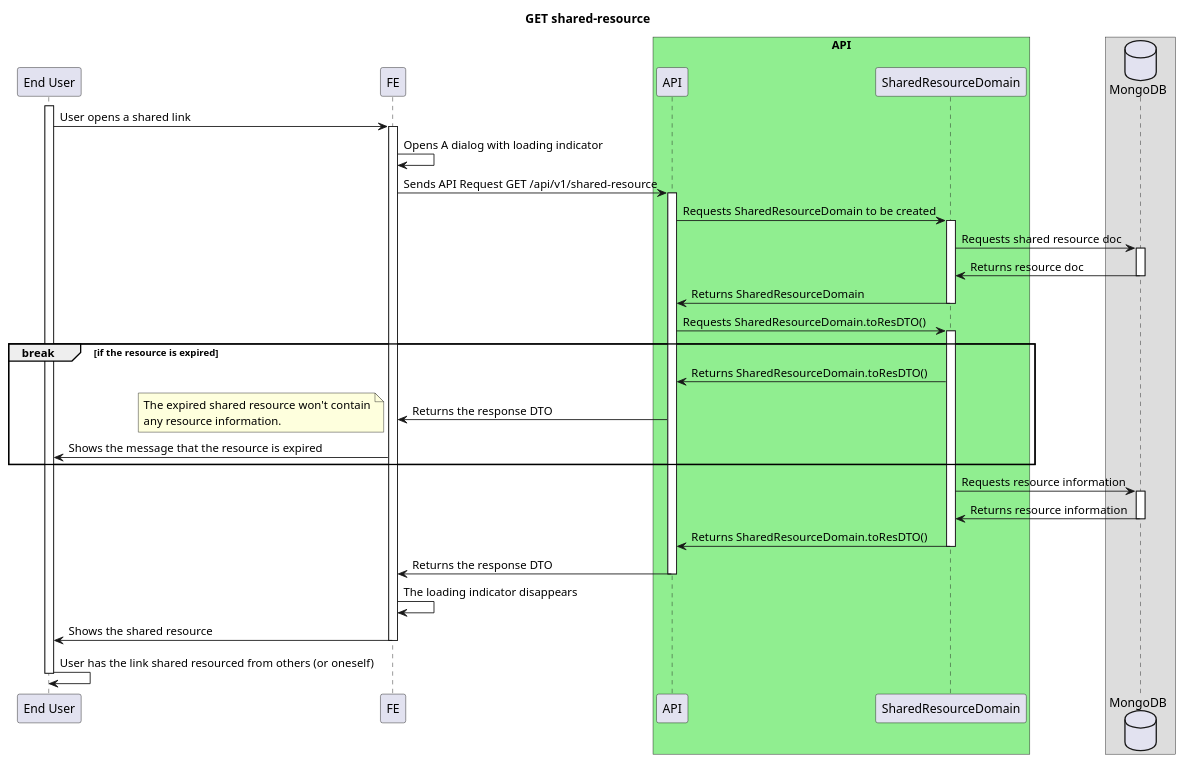
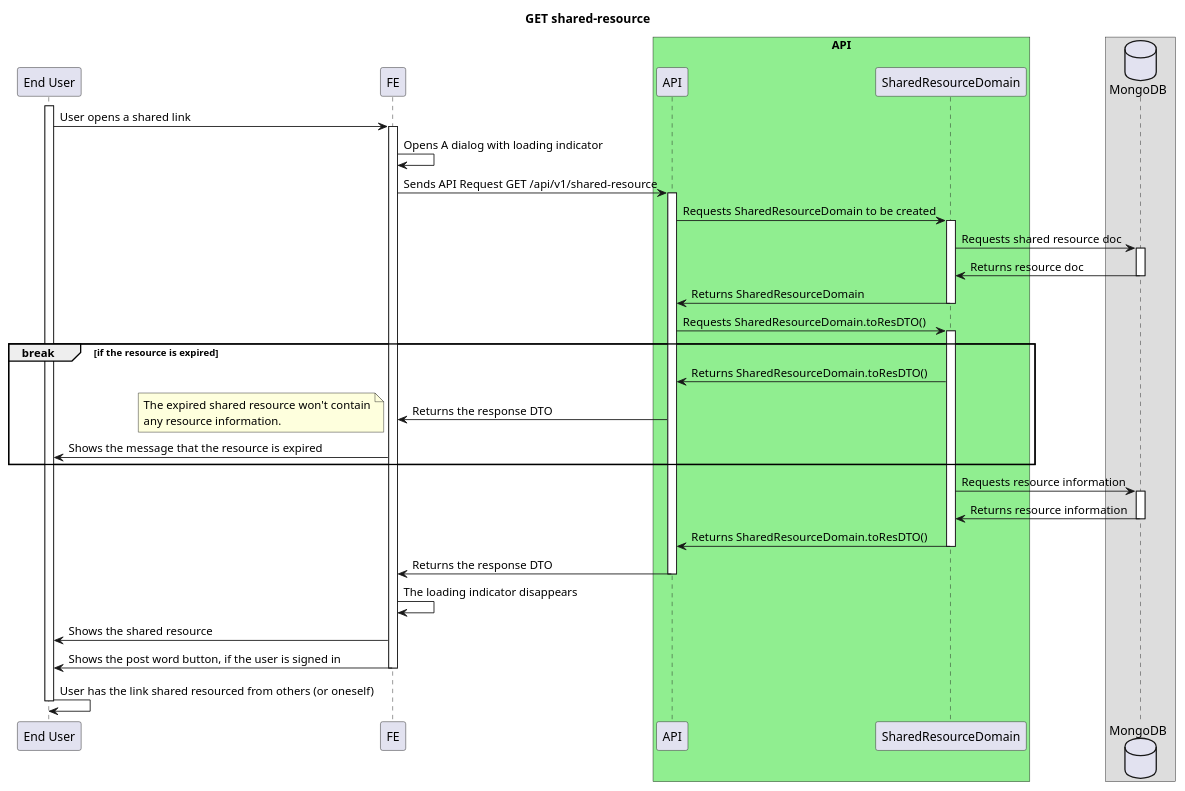
The second of 2 diagrams in api/share-feature.md (ajktown/docs), drawn with PlantUML before and after one commit.

Commit message:
doc: Shows the post word button, if the user is signed in

````diff
--- a/api/share-feature.md
+++ b/api/share-feature.md
@@ -92,55 +92,56 @@
 ```plantuml
 
 @startuml
 
 title GET shared-resource
 
 participant "End User" as user
 participant "FE" as fe
 box "API" #Lightgreen
   participant "API" as api
   participant "SharedResourceDomain" as domain
 box
 database "MongoDB" as db
 
 activate user
   user -> fe: User opens a shared link
   activate fe
     fe -> fe: Opens A dialog with loading indicator
     fe -> api: Sends API Request GET /api/v1/shared-resource
     activate api
       api -> domain: Requests SharedResourceDomain to be created
       activate domain
         domain -> db: Requests shared resource doc
         activate db
           domain <- db: Returns resource doc
         deactivate db
         api <- domain: Returns SharedResourceDomain
         deactivate domain
         api -> domain: Requests SharedResourceDomain.toResDTO()
           activate domain
             break if the resource is expired
               api <- domain: Returns SharedResourceDomain.toResDTO()
               fe <- api: Returns the response DTO
               note left
                 The expired shared resource won't contain
                 any resource information.
               end note
               user <- fe : Shows the message that the resource is expired
             end break
             domain -> db: Requests resource information
             activate db
               domain <- db: Returns resource information
             deactivate db
             api <- domain: Returns SharedResourceDomain.toResDTO()
           deactivate domain
         fe <- api: Returns the response DTO
     deactivate api
   fe -> fe: The loading indicator disappears
   user <- fe: Shows the shared resource
+  user <- fe: Shows the post word button, if the user is signed in
   deactivate fe
   user -> user: User has the link shared resourced from others (or oneself)
 deactivate user
 
 
 ```
````
